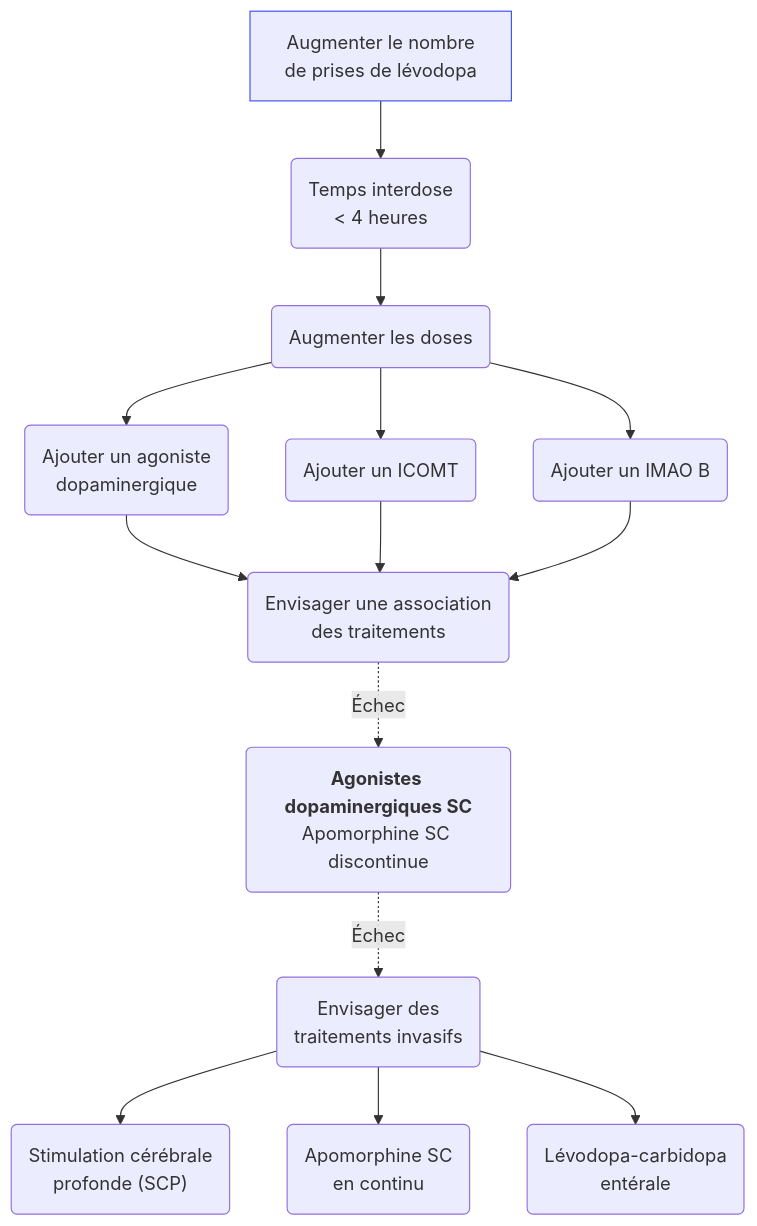
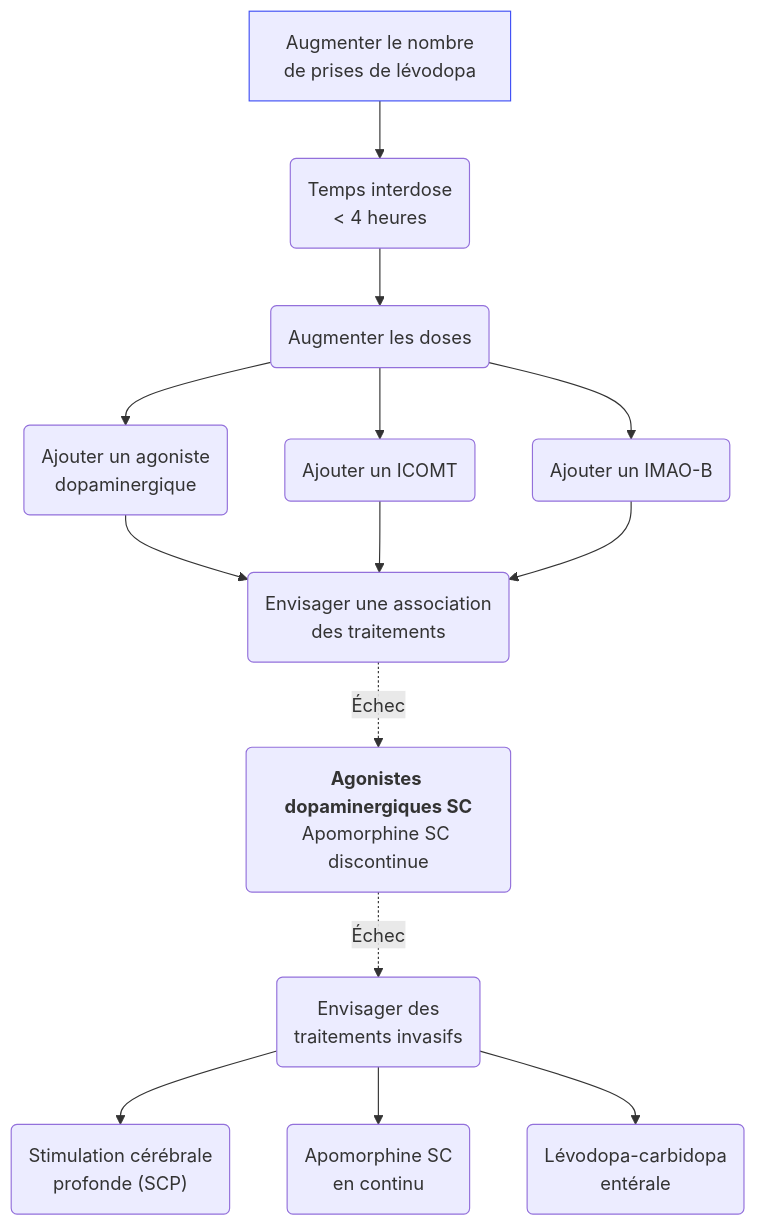
Before and after one commit to djibe/recommandations-medicales: the second of 2 diagrams in content/recommandations/maladie-parkinson.md, drawn with Mermaid. The commit also changed other lines of this file and 7 other files, not shown here.

```diff
--- a/content/recommandations/maladie-parkinson.md
+++ b/content/recommandations/maladie-parkinson.md
@@ -443,13 +476,13 @@
 {{< mermaid title="Prise en charge par traitement médicamenteux des troubles moteurs au stade avancé de la Maladie de Parkinson. Dr JB Fron d'après HAS 2016. SC = sous-cutanée">}}
 graph TB
   augmentation[Augmenter le nombre<br>de prises de lévodopa] --> intervalle("Temps interdose<br>&lt; 4 heures") --> augmenter(Augmenter les doses)
   style augmentation stroke:#4150f5, stroke-width:1px
   augmenter --> agoniste(Ajouter un agoniste<br>dopaminergique) --> association(Envisager une association<br>des traitements)
   augmenter --> ICOMT(Ajouter un ICOMT) --> association
-  augmenter --> IMAOB(Ajouter un IMAO B) --> association
+  augmenter --> IMAOB(Ajouter un IMAO-B) --> association
     association -. Échec .-> parenteral(<b>Agonistes dopaminergiques SC</b><br>Apomorphine SC discontinue)
     parenteral -. Échec .-> invasifs(Envisager des<br>traitements invasifs)
       invasifs --> SCP("Stimulation cérébrale<br>profonde (SCP)")
       invasifs --> parenteralContinu(Apomorphine SC<br>en continu)
       invasifs --> enterale(Lévodopa-carbidopa<br>entérale)
 {{< /mermaid >}}
```
